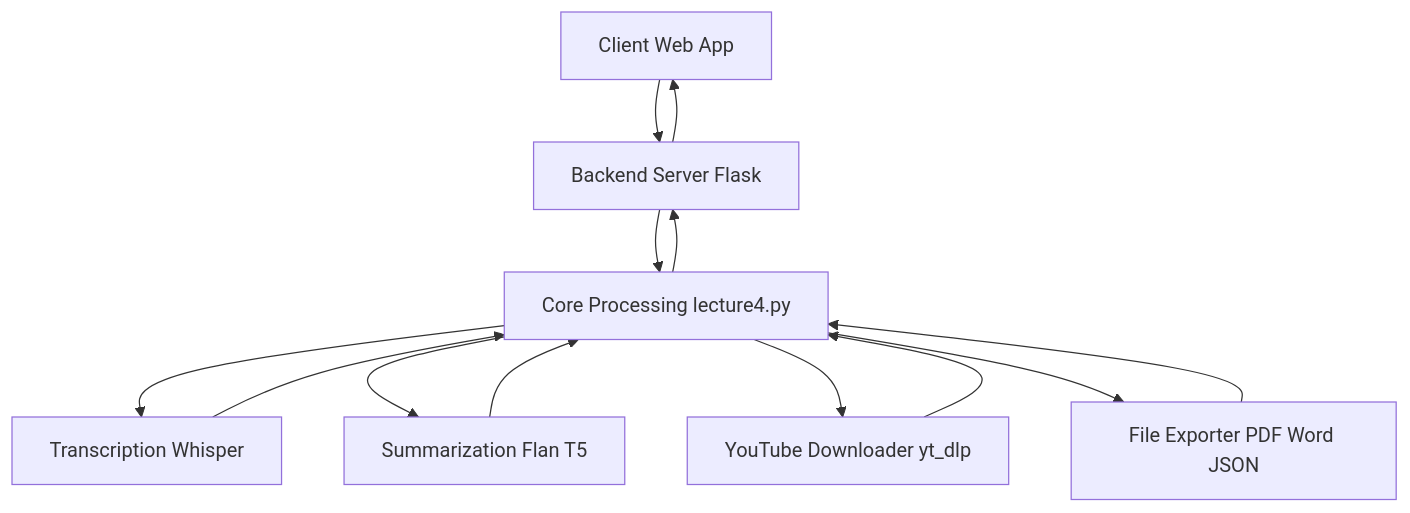
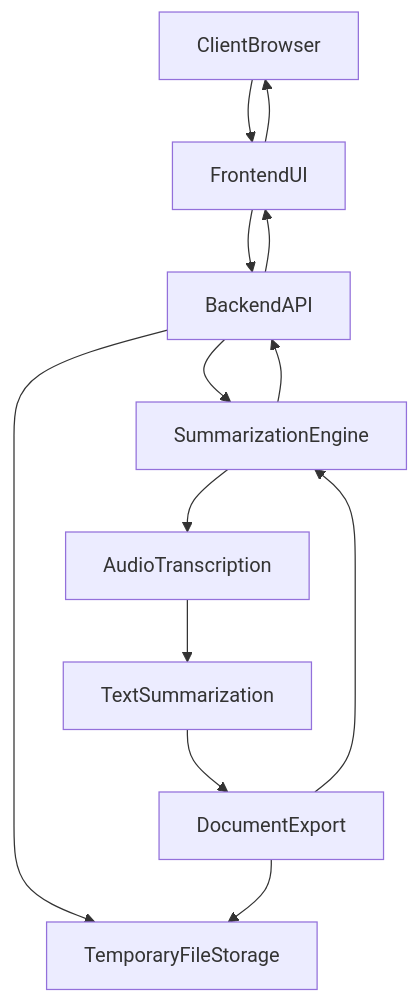
Before and after one commit to test-company-prowiz/Note-Summerizer: the diagram in docs/REPOSITORY_OVERVIEW.md, drawn with Mermaid. The commit also changed other lines of this file, not shown here.

````diff
--- a/docs/REPOSITORY_OVERVIEW.md
+++ b/docs/REPOSITORY_OVERVIEW.md
@@ -62,15 +42,15 @@
 ```mermaid
 graph TD
-A[Client Web App] --> B[Backend Server Flask]
-B --> C[Core Processing lecture4.py]
-C --> D[Transcription Whisper]
-C --> E[Summarization Flan T5]
-C --> F[YouTube Downloader yt_dlp]
-C --> G[File Exporter PDF Word JSON]
-D --> C
-E --> C
-F --> C
-G --> C
-C --> B
-B --> A
+ClientBrowser[ClientBrowser] --> FrontendUI[FrontendUI];
+FrontendUI --> BackendAPI[BackendAPI];
+BackendAPI --> TemporaryFileStorage[TemporaryFileStorage];
+BackendAPI --> SummarizationEngine[SummarizationEngine];
+SummarizationEngine --> AudioTranscription[AudioTranscription];
+AudioTranscription --> TextSummarization[TextSummarization];
+TextSummarization --> DocumentExport[DocumentExport];
+DocumentExport --> TemporaryFileStorage;
+DocumentExport --> SummarizationEngine;
+SummarizationEngine --> BackendAPI;
+BackendAPI --> FrontendUI;
+FrontendUI --> ClientBrowser;
 ```
````
